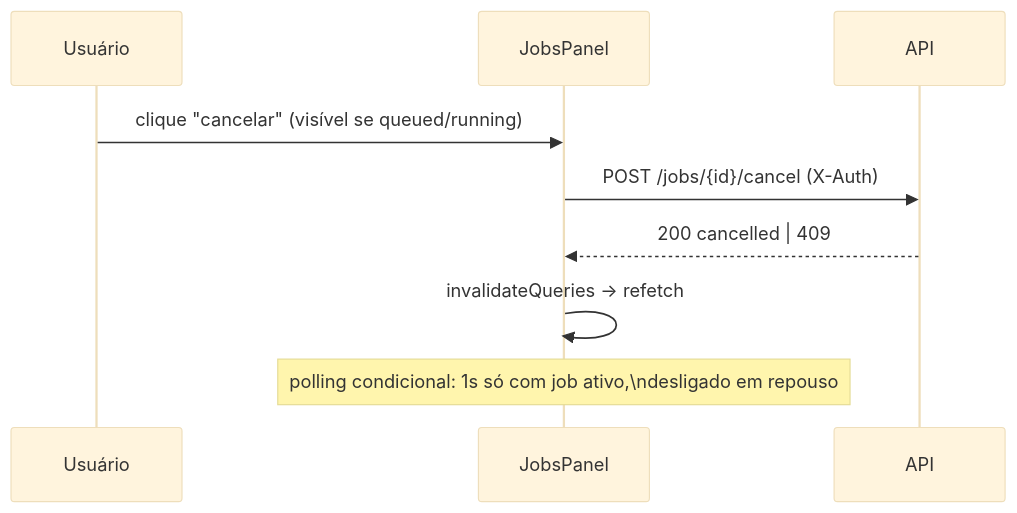
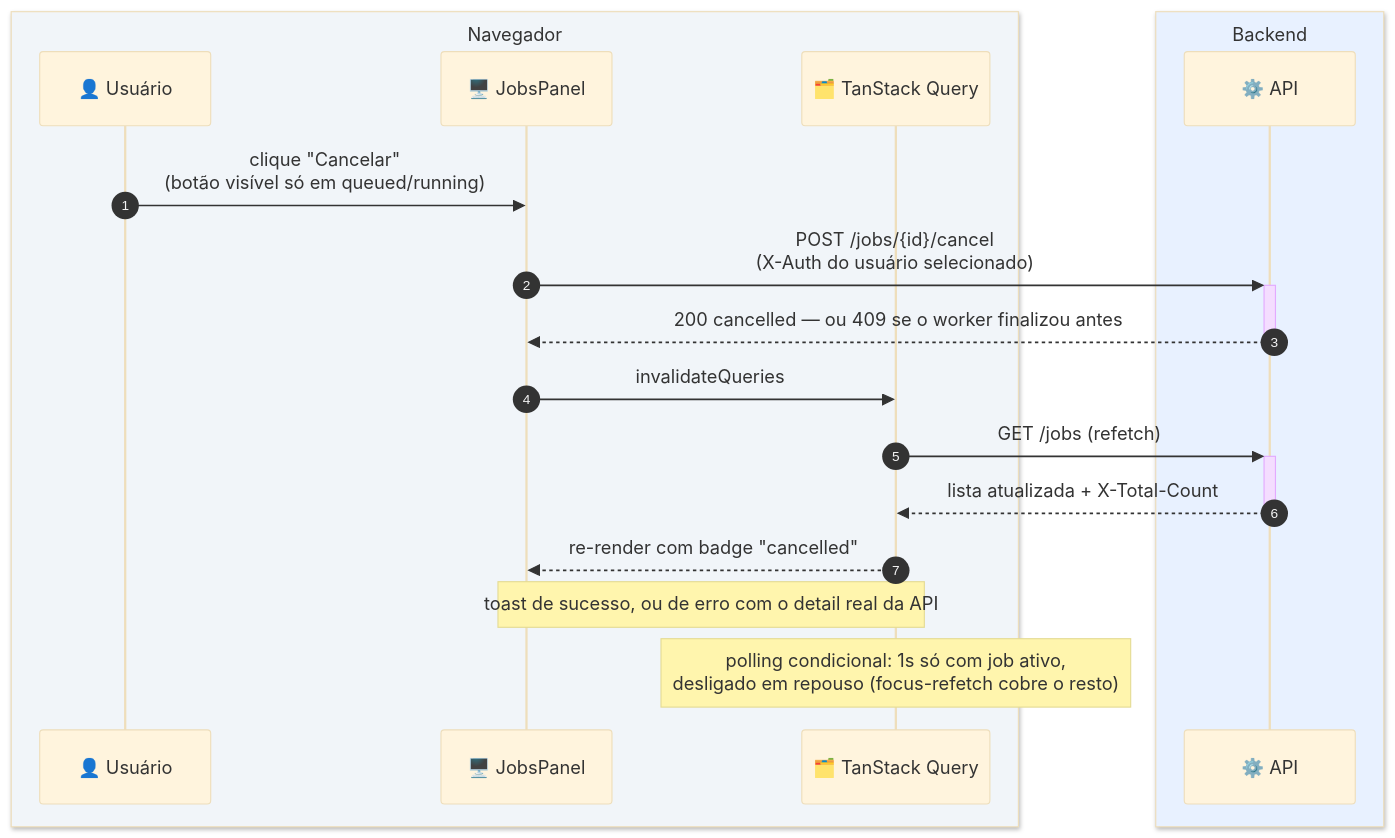
The diagram in docs/web.md (vinnedev/case-fullstack-senior), drawn with Mermaid (base theme) before and after one commit. The commit also changed 6 other files, not shown here.

````diff
--- a/docs/web.md
+++ b/docs/web.md
@@ -47,12 +47,22 @@
 ```mermaid
 sequenceDiagram
-    participant U as Usuário
-    participant L as JobsPanel
-    participant A as API
+    autonumber
+    box rgb(241, 245, 249) Navegador
+        participant U as 👤 Usuário
+        participant L as 🖥️ JobsPanel
+        participant Q as 🗂️ TanStack Query
+    end
+    box rgb(232, 241, 255) Backend
+        participant A as ⚙️ API
+    end
 
-    U->>L: clique "cancelar" (visível se queued/running)
-    L->>A: POST /jobs/{id}/cancel (X-Auth)
-    A-->>L: 200 cancelled | 409
-    L->>L: invalidateQueries → refetch
-    Note over L: polling condicional: 1s só com job ativo,\ndesligado em repouso
+    U->>L: clique "Cancelar"<br/>(botão visível só em queued/running)
+    L->>+A: POST /jobs/{id}/cancel<br/>(X-Auth do usuário selecionado)
+    A-->>-L: 200 cancelled — ou 409 se o worker finalizou antes
+    L->>Q: invalidateQueries
+    Q->>+A: GET /jobs (refetch)
+    A-->>-Q: lista atualizada + X-Total-Count
+    Q-->>L: re-render com badge "cancelled"
+    Note over L,Q: toast de sucesso, ou de erro com o detail real da API
+    Note over Q: polling condicional: 1s só com job ativo,<br/>desligado em repouso (focus-refetch cobre o resto)
 ```
````
